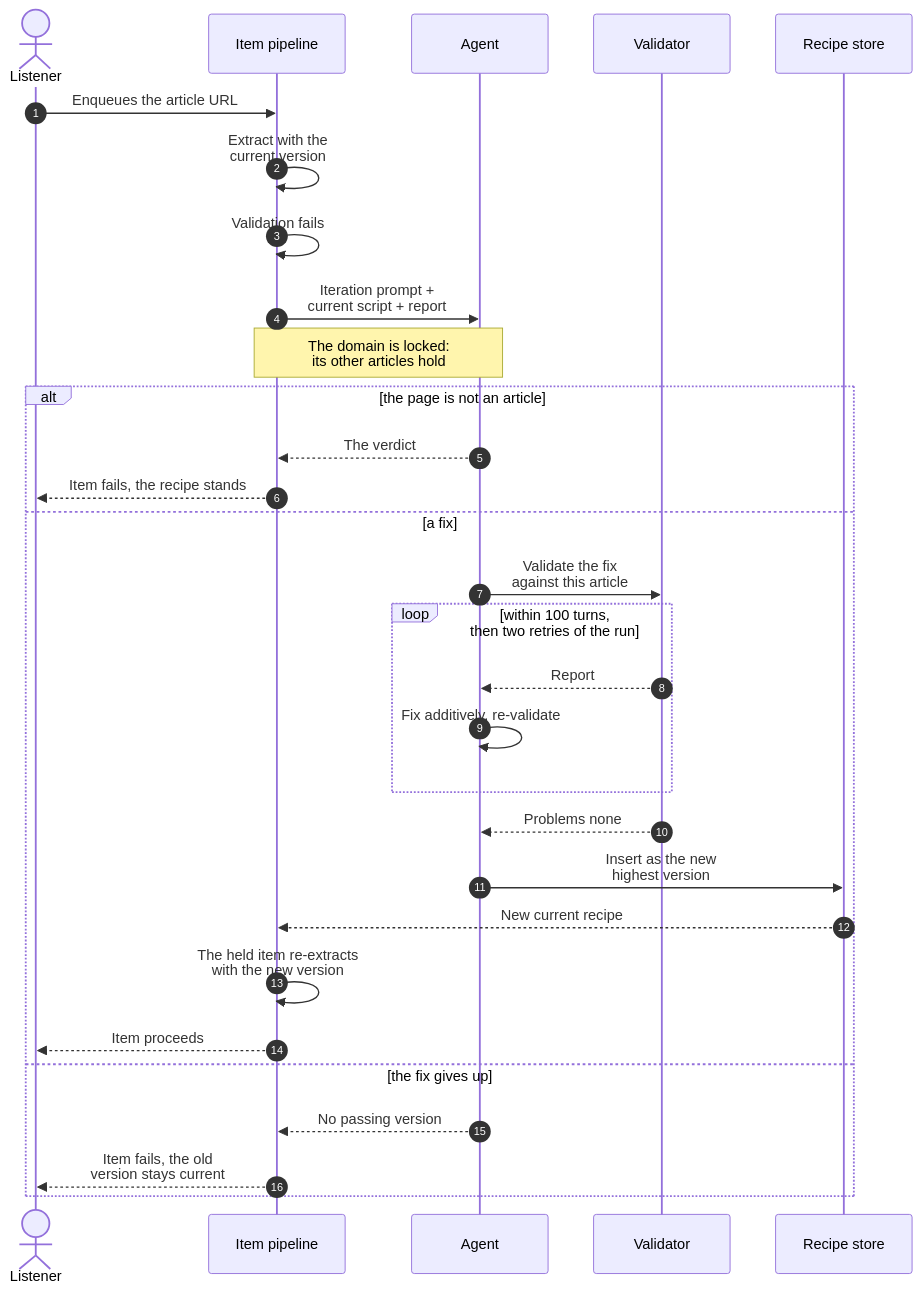
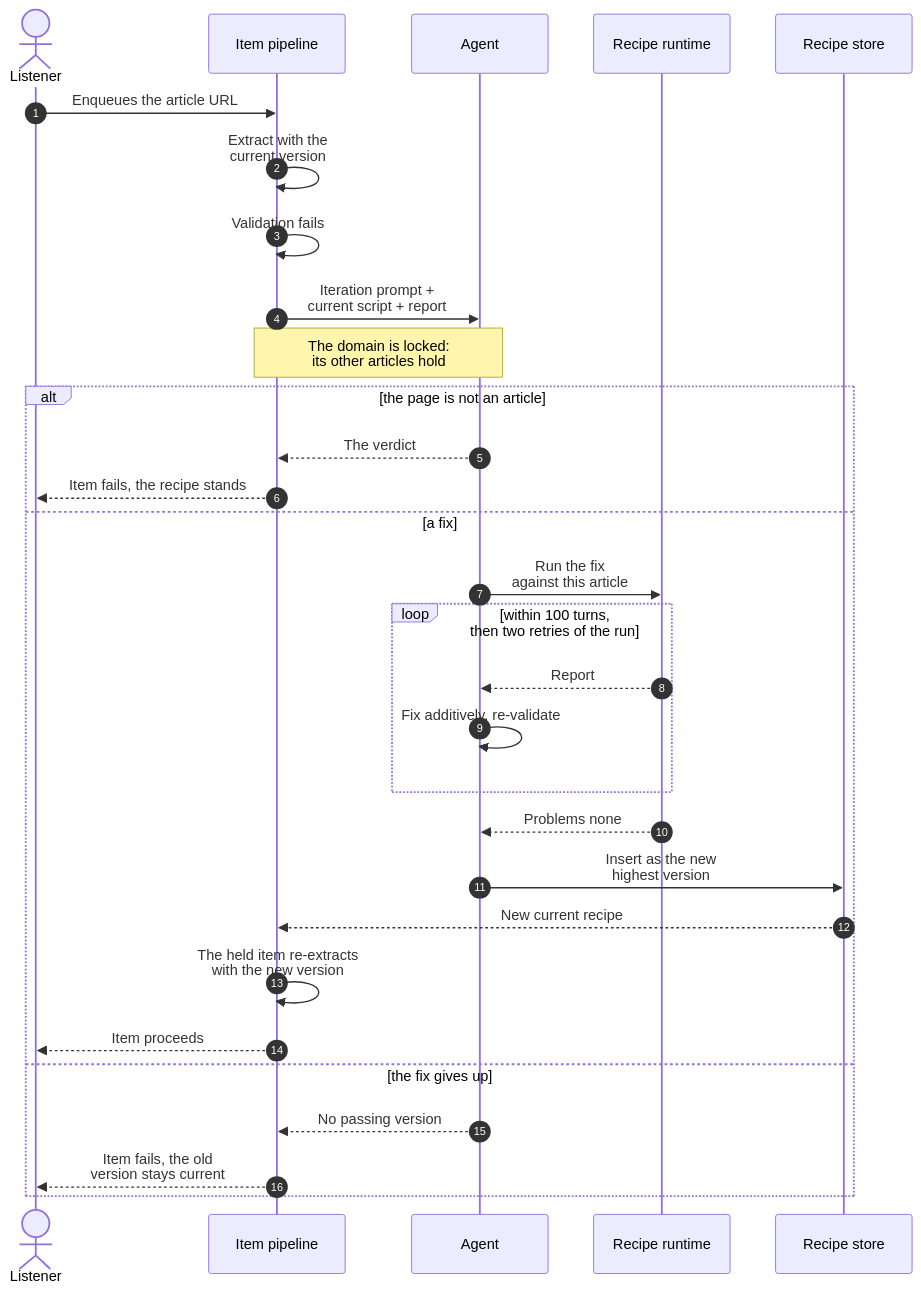
One commit to asermax/nagara changed the third of 3 diagrams in docs/technical-design/recipes.md. Above: the diagram before and after it, drawn with Mermaid. The commit also changed 5 other files, not shown here.

````diff
--- a/docs/technical-design/recipes.md
+++ b/docs/technical-design/recipes.md
@@ -82,33 +82,33 @@
 ```mermaid
 sequenceDiagram
     autonumber
     actor L as Listener
     participant P as Item pipeline
     participant A as Agent
-    participant V as Validator
+    participant V as Recipe runtime
     participant S as Recipe store
 
     L->>P: Enqueues the article URL
     P->>P: Extract with the<br/>current version
     P->>P: Validation fails
     P->>A: Iteration prompt +<br/>current script + report
     Note over P,A: The domain is locked:<br/>its other articles hold
     alt the page is not an article
         A-->>P: The verdict
         P-->>L: Item fails, the recipe stands
     else a fix
-        A->>V: Validate the fix<br/>against this article
+        A->>V: Run the fix<br/>against this article
         loop within 100 turns,<br/>then two retries of the run
             V-->>A: Report
             A->>A: Fix additively, re-validate
         end
         V-->>A: Problems none
         A->>S: Insert as the new<br/>highest version
         S-->>P: New current recipe
         P->>P: The held item re-extracts<br/>with the new version
         P-->>L: Item proceeds
     else the fix gives up
         A-->>P: No passing version
         P-->>L: Item fails, the old<br/>version stays current
     end
 ```
````
